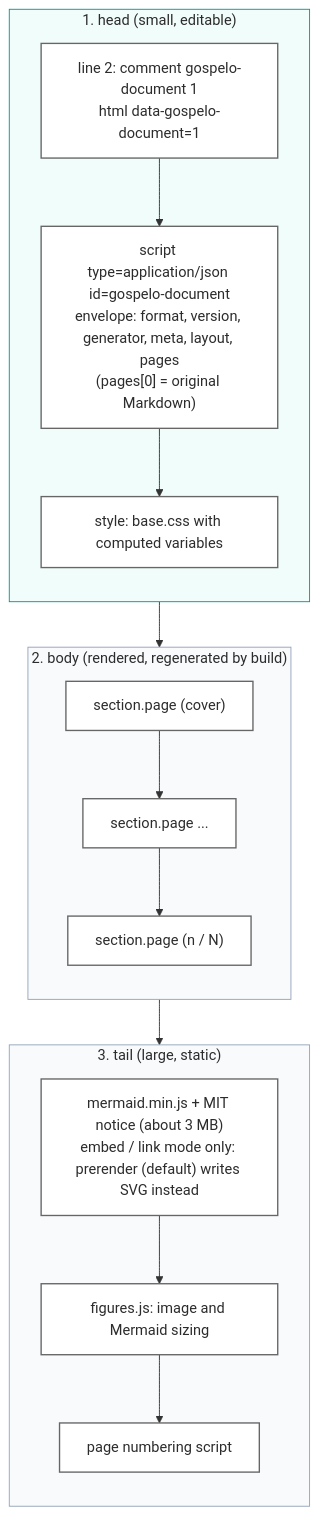
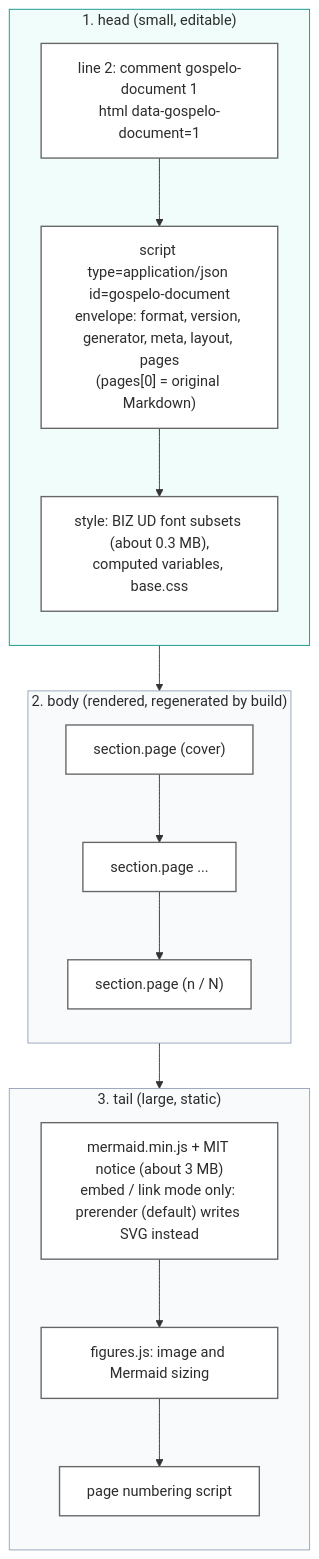
The first of 5 diagrams in docs/ARCHITECTURE.md (gospelo-dev/md2html), drawn with Mermaid before and after one commit. The commit also changed other lines of this file and 24 other files, not shown here.

````diff
--- a/docs/ARCHITECTURE.md
+++ b/docs/ARCHITECTURE.md
@@ -21,31 +21,31 @@
 ```mermaid
 flowchart TB
     subgraph Head["1. head (small, editable)"]
         direction TB
         SIG["line 2: comment gospelo-document 1<br/>html data-gospelo-document=1"]
         ENV["script type=application/json id=gospelo-document<br/>envelope: format, version, generator, meta, layout, pages<br/>(pages[0] = original Markdown)"]
-        S["style: base.css with computed variables"]
+        S["style: BIZ UD font subsets (about 0.3 MB),<br/>computed variables, base.css"]
         SIG --> ENV --> S
     end
     subgraph Body["2. body (rendered, regenerated by build)"]
         direction TB
         P1["section.page (cover)"]
         P2["section.page ..."]
         Pn["section.page (n / N)"]
         P1 --> P2 --> Pn
     end
     subgraph Tail["3. tail (large, static)"]
         direction TB
         MJ["mermaid.min.js + MIT notice (about 3 MB)<br/>embed / link mode only: prerender (default) writes SVG instead"]
         F["figures.js: image and Mermaid sizing"]
         N["page numbering script"]
         MJ --> F --> N
     end
     Head --> Body --> Tail
 
     classDef node fill:#FFFFFF,stroke:#666666,stroke-width:1.5px,color:#2C2C2C
     class SIG,ENV,S,P1,P2,Pn,F,N,MJ node
     style Head fill:#F0FDFA,stroke:#0D9488,color:#2C2C2C
     style Body fill:#F8FAFC,stroke:#94A3B8,color:#2C2C2C
     style Tail fill:#F8FAFC,stroke:#94A3B8,color:#2C2C2C
 ```
````
